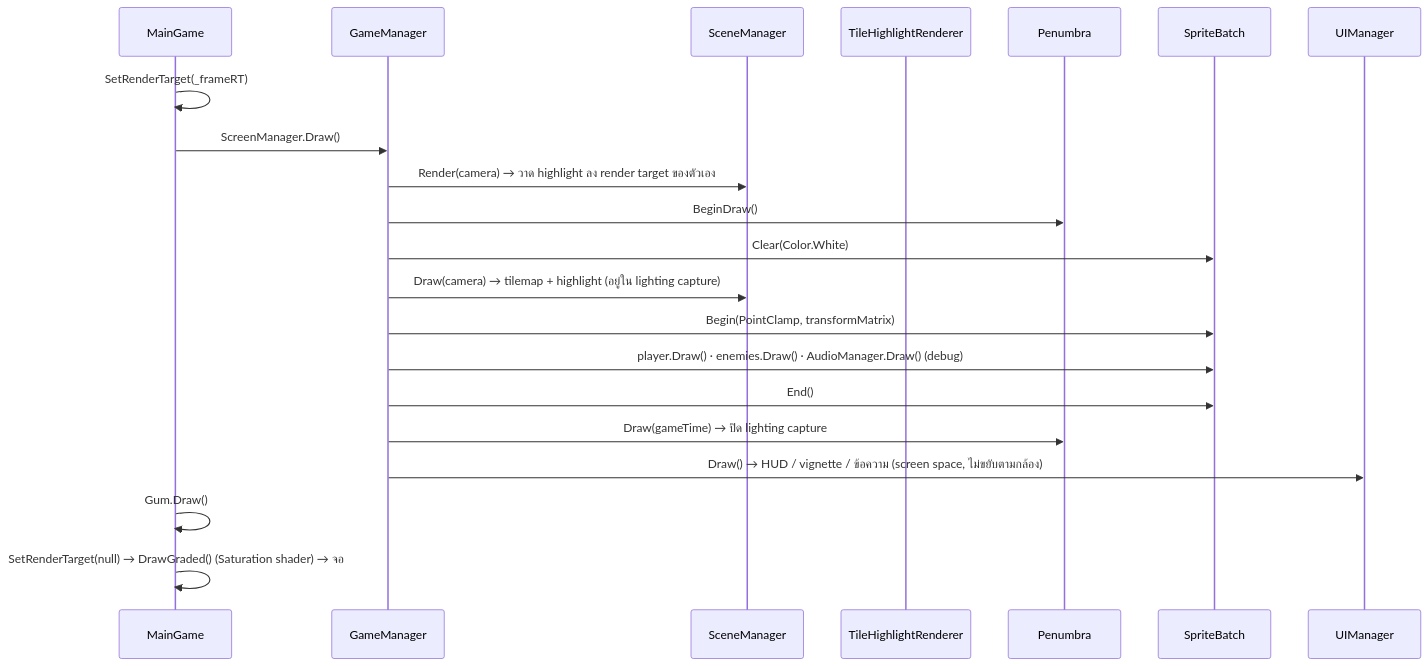
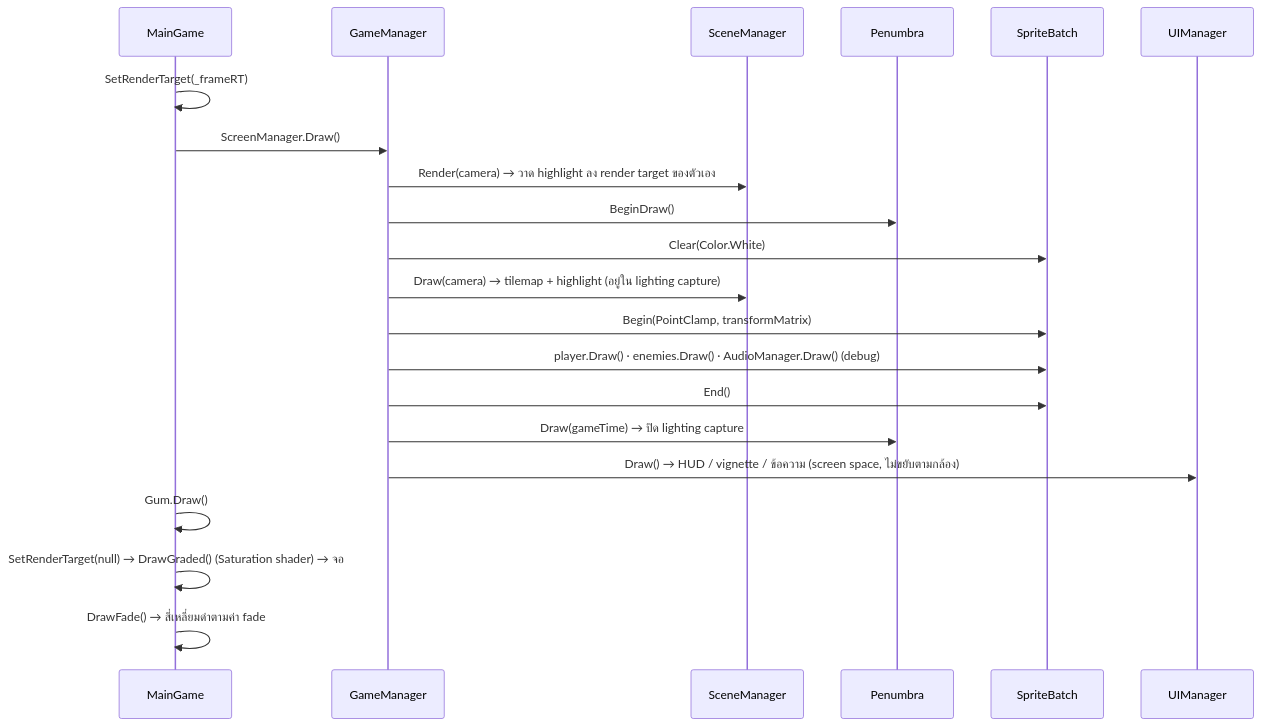
One commit to Sambopukkazz/DG225_CoreX changed the second of 3 diagrams in docs/03_Software/01-system-design.md. Above: the diagram before and after it, drawn with Mermaid. The commit also changed other lines of this file and 21 other files, not shown here.

````diff
--- a/docs/03_Software/01-system-design.md
+++ b/docs/03_Software/01-system-design.md
@@ -107,24 +126,24 @@
 ```mermaid
 sequenceDiagram
     participant MG as MainGame
     participant GM as GameManager
     participant SM as SceneManager
-    participant TH as TileHighlightRenderer
     participant P as Penumbra
     participant SB as SpriteBatch
     participant UI as UIManager
 
     MG->>MG: SetRenderTarget(_frameRT)
     MG->>GM: ScreenManager.Draw()
     GM->>SM: Render(camera) → วาด highlight ลง render target ของตัวเอง
     GM->>P: BeginDraw()
     GM->>SB: Clear(Color.White)
     GM->>SM: Draw(camera) → tilemap + highlight (อยู่ใน lighting capture)
     GM->>SB: Begin(PointClamp, transformMatrix)
     GM->>SB: player.Draw() · enemies.Draw() · AudioManager.Draw() (debug)
     GM->>SB: End()
     GM->>P: Draw(gameTime) → ปิด lighting capture
     GM->>UI: Draw() → HUD / vignette / ข้อความ (screen space, ไม่ขยับตามกล้อง)
     MG->>MG: Gum.Draw()
     MG->>MG: SetRenderTarget(null) → DrawGraded() (Saturation shader) → จอ
+    MG->>MG: DrawFade() → สี่เหลี่ยมดำตามค่า fade
 ```
````
